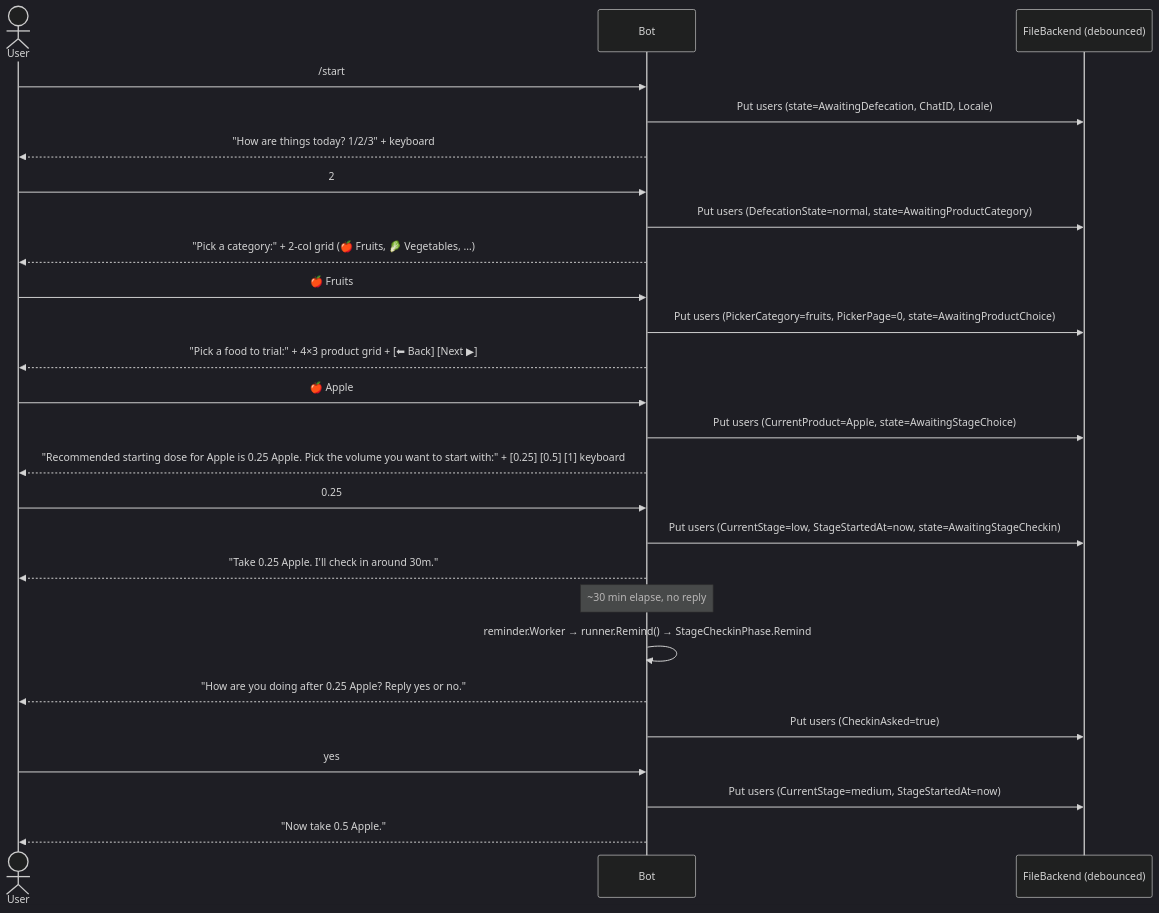
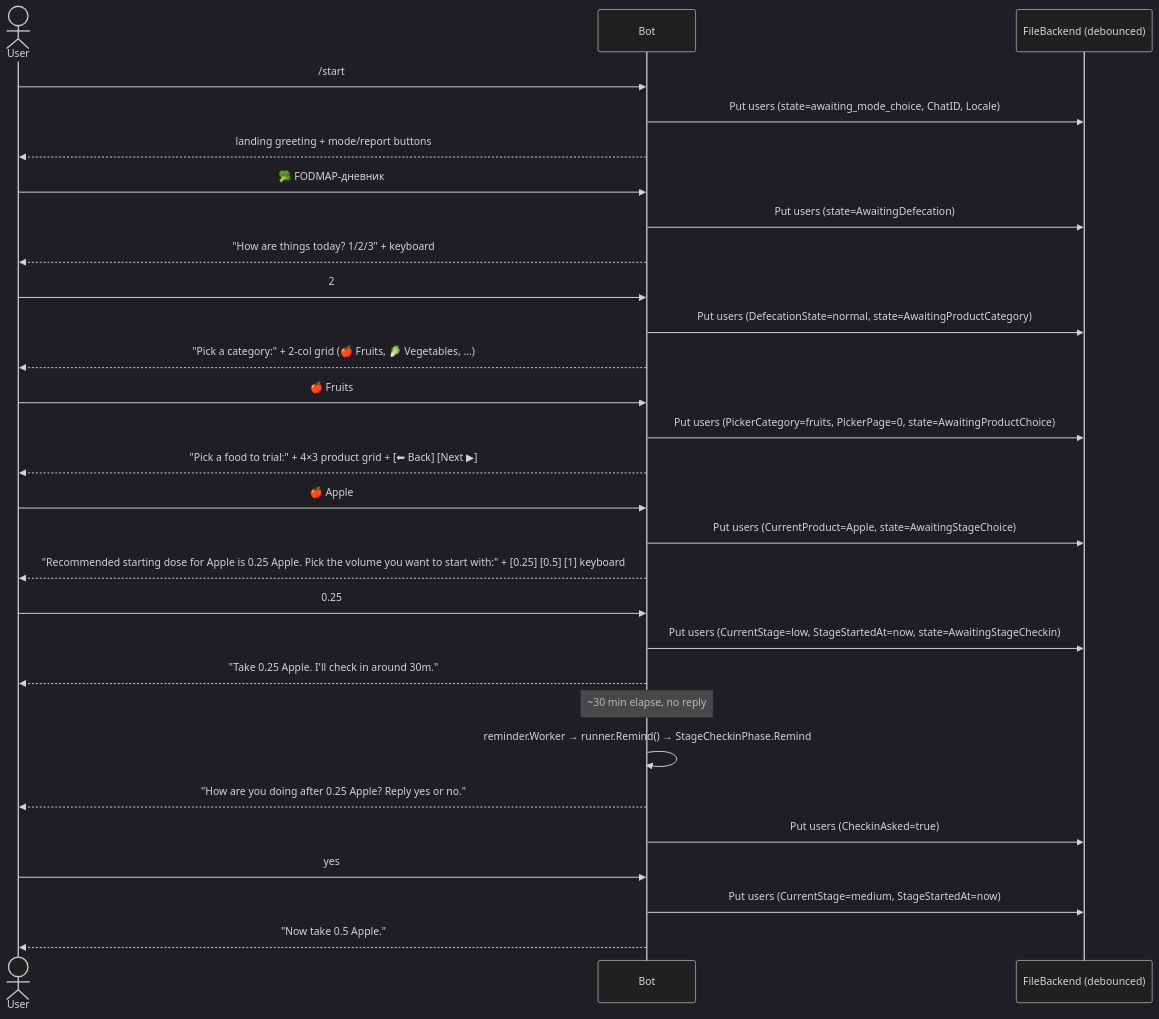
The fourth of 4 diagrams in README.md (padington/tgbase), drawn with Mermaid (dark theme) before and after one commit. The commit also changed other lines of this file and 24 other files, not shown here.

````diff
--- a/README.md
+++ b/README.md
@@ -173,36 +199,40 @@
 ```mermaid
 sequenceDiagram
     actor User
     participant Bot
     participant Backend as FileBackend (debounced)
 
     User->>Bot: /start
-    Bot->>Backend: Put users (state=AwaitingDefecation, ChatID, Locale)
+    Bot->>Backend: Put users (state=awaiting_mode_choice, ChatID, Locale)
+    Bot-->>User: landing greeting + mode/report buttons
+
+    User->>Bot: 🥦 FODMAP-дневник
+    Bot->>Backend: Put users (state=AwaitingDefecation)
     Bot-->>User: "How are things today? 1/2/3" + keyboard
 
     User->>Bot: 2
     Bot->>Backend: Put users (DefecationState=normal, state=AwaitingProductCategory)
     Bot-->>User: "Pick a category:" + 2-col grid (🍎 Fruits, 🥬 Vegetables, …)
 
     User->>Bot: 🍎 Fruits
     Bot->>Backend: Put users (PickerCategory=fruits, PickerPage=0, state=AwaitingProductChoice)
     Bot-->>User: "Pick a food to trial:" + 4×3 product grid + [⬅ Back] [Next ▶]
 
     User->>Bot: 🍎 Apple
     Bot->>Backend: Put users (CurrentProduct=Apple, state=AwaitingStageChoice)
     Bot-->>User: "Recommended starting dose for Apple is 0.25 Apple. Pick the volume you want to start with:" + [0.25] [0.5] [1] keyboard
 
     User->>Bot: 0.25
     Bot->>Backend: Put users (CurrentStage=low, StageStartedAt=now, state=AwaitingStageCheckin)
     Bot-->>User: "Take 0.25 Apple. I'll check in around 30m."
 
     Note over Bot: ~30 min elapse, no reply
 
     Bot->>Bot: reminder.Worker → runner.Remind() → StageCheckinPhase.Remind
     Bot-->>User: "How are you doing after 0.25 Apple? Reply yes or no."
     Bot->>Backend: Put users (CheckinAsked=true)
 
     User->>Bot: yes
     Bot->>Backend: Put users (CurrentStage=medium, StageStartedAt=now)
     Bot-->>User: "Now take 0.5 Apple."
 ```
````
